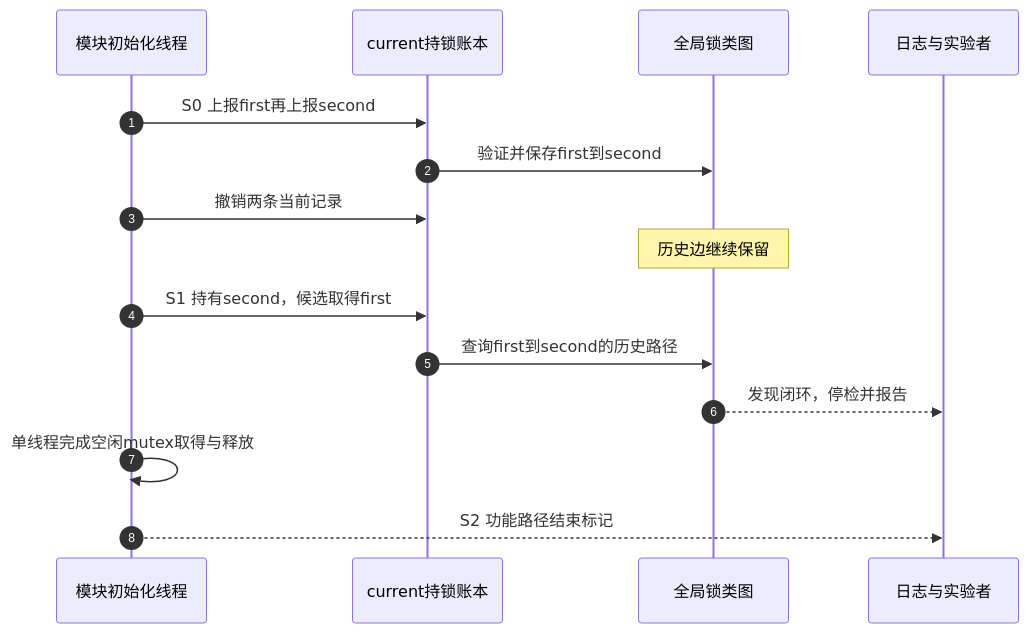
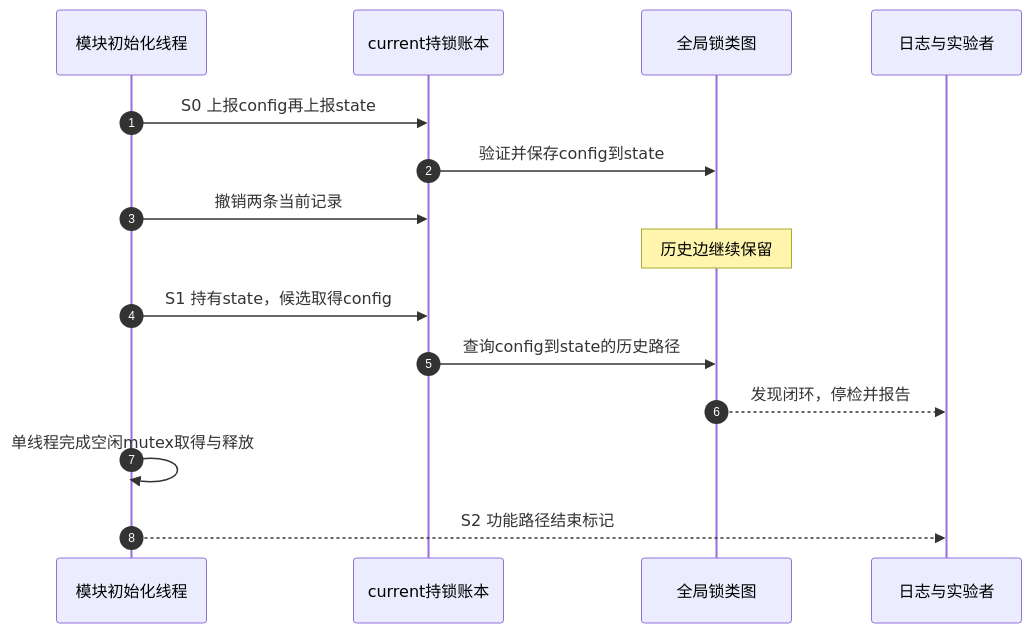
One commit to FormingSystem/linux_note changed the diagram in knowledge/linux/synchronization_and_asynchrony/synchronization/lockdep/P08_配置_亲手实验与报告解读.md. Above: the diagram before and after it, drawn with Mermaid. The commit also changed other lines of this file and 9 other files, not shown here.

````diff
--- a/knowledge/linux/synchronization_and_asynchrony/synchronization/lockdep/P08_配置_亲手实验与报告解读.md
+++ b/knowledge/linux/synchronization_and_asynchrony/synchronization/lockdep/P08_配置_亲手实验与报告解读.md
@@ -168,17 +259,17 @@
 ```mermaid
 sequenceDiagram
     autonumber
     participant M as 模块初始化线程
     participant C as current持锁账本
     participant G as 全局锁类图
     participant L as 日志与实验者
-    M->>C: S0 上报first再上报second
-    C->>G: 验证并保存first到second
+    M->>C: S0 上报config再上报state
+    C->>G: 验证并保存config到state
     M->>C: 撤销两条当前记录
     Note over G: 历史边继续保留
-    M->>C: S1 持有second，候选取得first
-    C->>G: 查询first到second的历史路径
+    M->>C: S1 持有state，候选取得config
+    C->>G: 查询config到state的历史路径
     G-->>L: 发现闭环，停检并报告
     M->>M: 单线程完成空闲mutex取得与释放
     M-->>L: S2 功能路径结束标记
 ```
````
